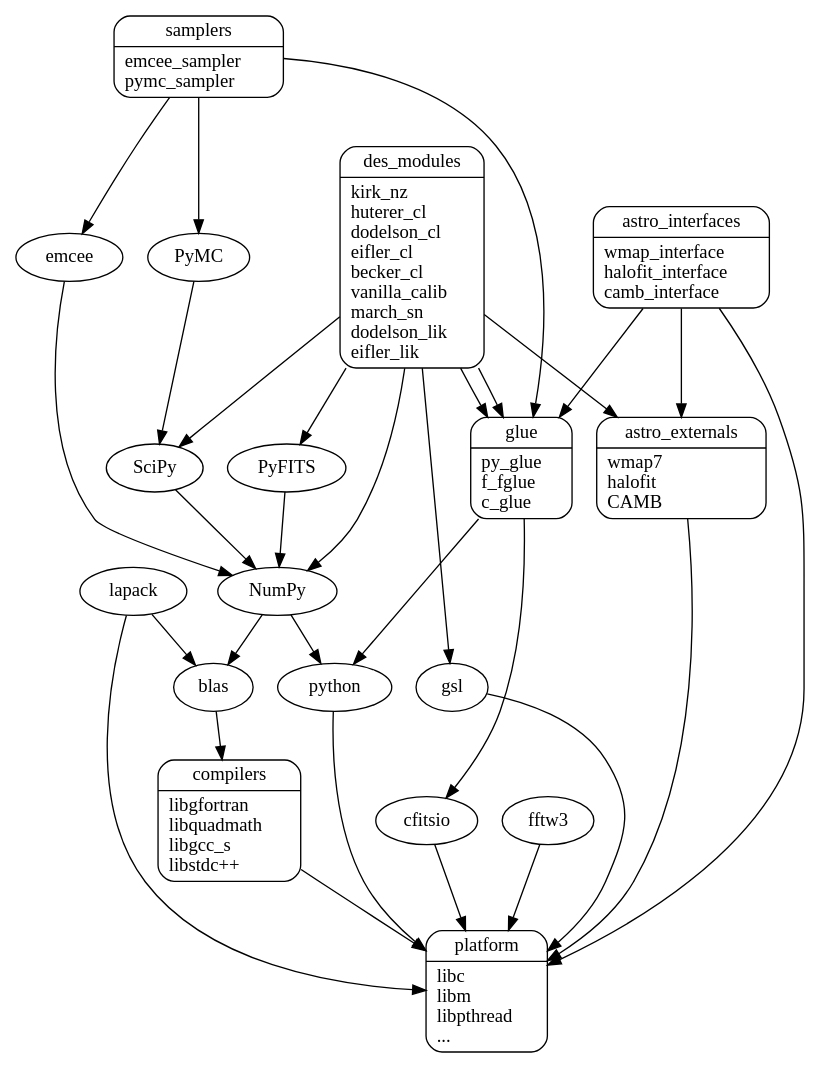
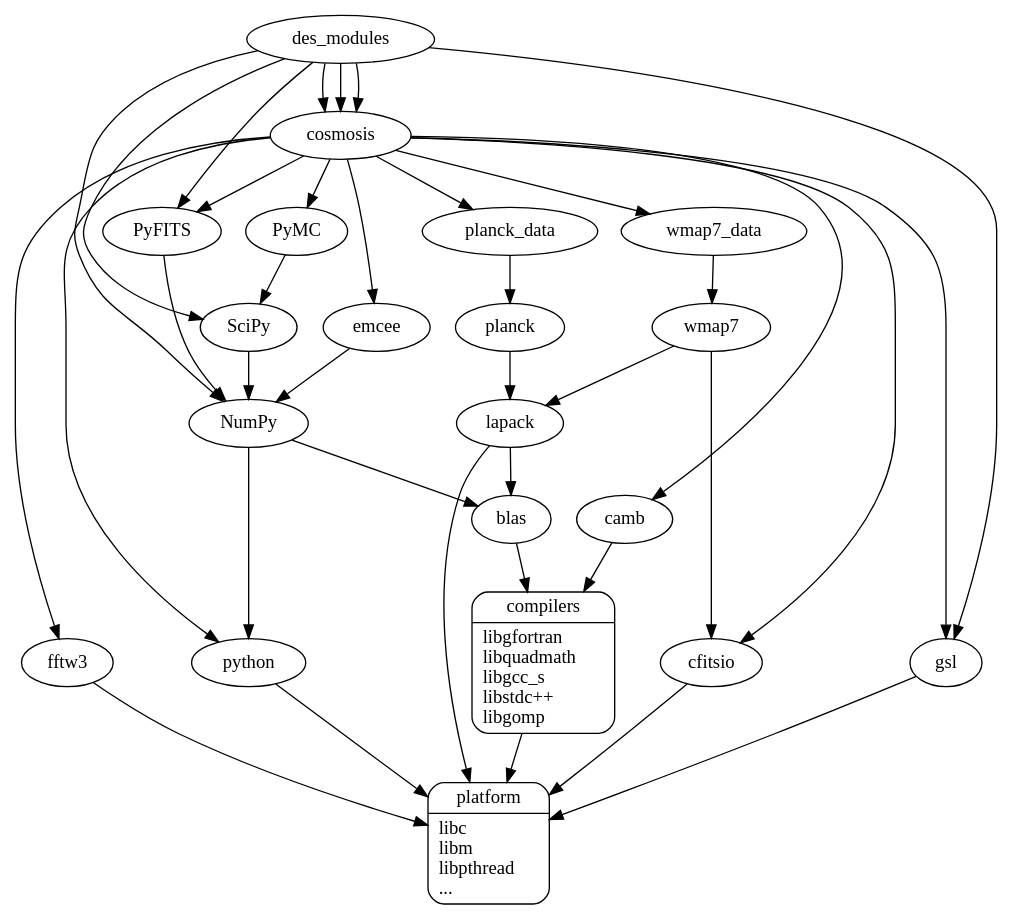
Before and after one commit to joezuntz/cosmosis: the diagram in doc/astro_packages.dot, drawn with Graphviz. The commit also changed 2 other files, not shown here.

Commit message:
Update dependency diagram and bump version

```diff
--- a/doc/astro_packages.dot
+++ b/doc/astro_packages.dot
@@ -1,93 +1,86 @@
 
 digraph depends
 {
   #rankdir=LR
 
   subgraph plat
   {
     platform         [shape=Mrecord, label="{platform | libc \llibm\llibpthread\l...\l}" ]
   }
 
-  subgraph compilers
-  {
-    compilers [shape=Mrecord, label="{compilers | libgfortran\llibquadmath\llibgcc_s\llibstdc++\l}" ]
-    # rank = same;
-    # libgfortran;
-    # libquadmath;
-    # libgcc_s [label="libgcc_s"];
-    # libstdcpp [label="libstdc++"];
-  }
-
-  # libgfortran -> libquadmath;
-  # libstdcpp -> libgcc_s;
-  # libgfortran -> platform;
-  # libquadmath -> platform;
-  # libgcc_s -> platform;
-  # libstdcpp -> platform;
-
   compilers -> platform;
 
-  subgraph externals
+  subgraph l1
   {
     label = "externals";
-    #rank = same;
+    rank = same;
+    compilers [shape=Mrecord, label="{compilers | libgfortran\llibquadmath\llibgcc_s\llibstdc++\llibgomp\l}" ]
     python  [ label="python" ];
     cfitsio [ label="cfitsio" ];
     gsl     [ label="gsl" ];
     fftw3   [ label="fftw3" ];
+  }
+    blas    [ label="blas" ];
     lapack  [ label="lapack" ];
-    blas    [ label="blas" ];
-  }
   lapack -> blas;
   blas -> compilers;
+
+  subgraph externals
+  {
+    wmap7_data ->  wmap7;
+    planck_data -> planck;
+    camb;
+  }
+  wmap7 -> lapack;
+  wmap7 -> cfitsio;
+  planck -> lapack;
+  camb -> compilers;
 
   subgraph low
   {
     #rank = same;
-    astro_externals  [shape=Mrecord, label="{astro_externals |wmap7\lhalofit\lCAMB\l}"]
     SciPy -> NumPy -> python;
     NumPy -> blas;
     PyFITS -> NumPy;
     PyMC -> SciPy;
     emcee -> NumPy;
   }
 
   subgraph middle
   {
-    glue             [shape=Mrecord, label="{glue | py_glue \lf_fglue \lc_glue\l}"]
-    samplers [shape=Mrecord, label="{samplers|emcee_sampler\lpymc_sampler\l}"]
+    cosmosis;
   }
+  cosmosis -> camb;
+  cosmosis -> planck_data;
+  cosmosis -> wmap7_data;
+  cosmosis -> PyMC;
+  cosmosis -> emcee;
+  cosmosis -> PyFITS;
+  cosmosis -> gsl;
+  cosmosis -> fftw3;
 
   subgraph top
   {
-    astro_interfaces [shape=Mrecord, label="{astro_interfaces |wmap_interface\lhalofit_interface\lcamb_interface\l}"]
-    des_modules [shape=Mrecord, label="{des_modules|kirk_nz\lhuterer_cl\ldodelson_cl\leifler_cl\lbecker_cl\lvanilla_calib\lmarch_sn\ldodelson_lik\leifler_lik\l}"]
+    des_modules;
   }
+
+  des_modules -> cosmosis;
+
 
   cfitsio -> platform;
   gsl -> platform;
   fftw3 -> platform;
   lapack -> platform;
 
-  des_modules -> glue;
+  des_modules -> cosmosis;
   des_modules -> gsl;
-  des_modules -> astro_externals;
   des_modules -> PyFITS;
-  des_modules -> glue;
+  des_modules -> cosmosis;
   des_modules -> SciPy;
   des_modules -> NumPy;
 
-  astro_interfaces -> glue;
-  astro_interfaces -> platform;
-  astro_interfaces -> astro_externals;
-  astro_externals -> platform;
-
-  samplers -> emcee;
-  samplers -> PyMC;
-  samplers -> glue;
-
-  glue -> cfitsio;
-  glue -> python;
+  cosmosis -> cfitsio;
+  cosmosis -> python;
   python [ label="python" ];
   python -> platform;
 }
```
